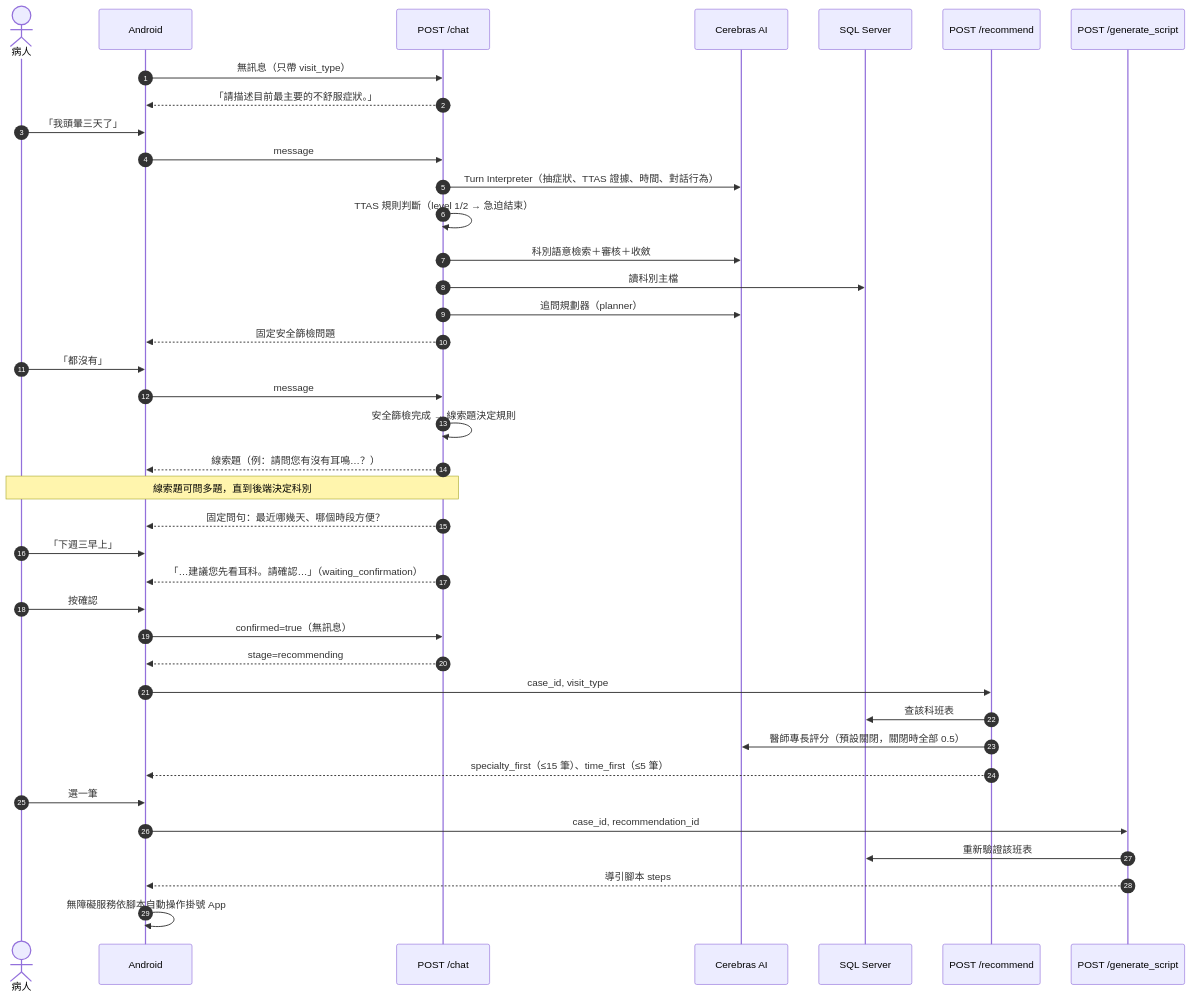
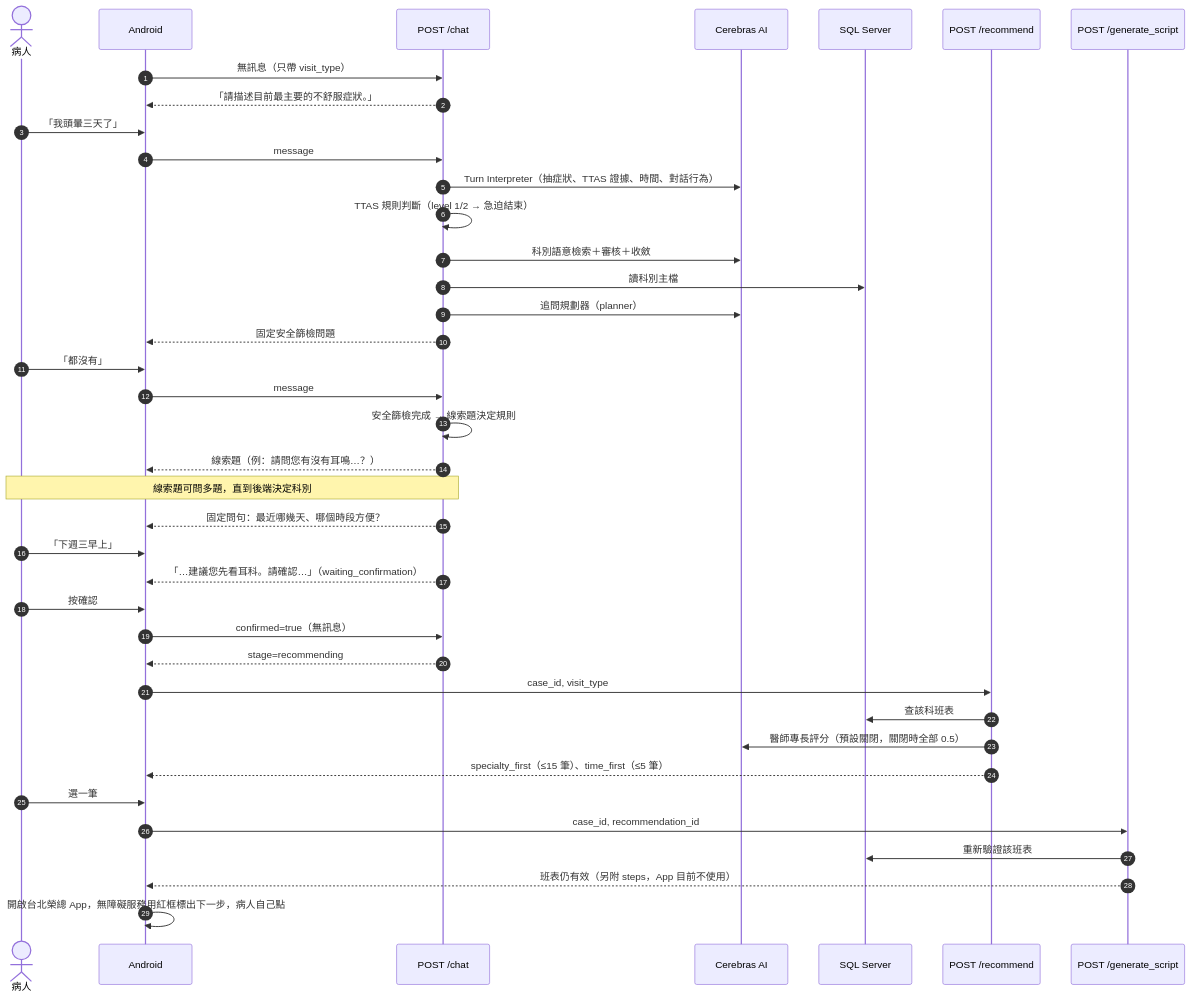
The second of 4 diagrams in docs/問診邏輯說明.md (Alissa268/MyLittleWorld), drawn with Mermaid before and after one commit. The commit also changed other lines of this file, not shown here.

````diff
--- a/docs/問診邏輯說明.md
+++ b/docs/問診邏輯說明.md
@@ -92,42 +94,42 @@
 ```mermaid
 sequenceDiagram
     autonumber
     actor U as 病人
     participant A as Android
     participant C as POST /chat
     participant AI as Cerebras AI
     participant DB as SQL Server
     participant R as POST /recommend
     participant G as POST /generate_script
 
     A->>C: 無訊息（只帶 visit_type）
     C-->>A: 「請描述目前最主要的不舒服症狀。」
     U->>A: 「我頭暈三天了」
     A->>C: message
     C->>AI: Turn Interpreter（抽症狀、TTAS 證據、時間、對話行為）
     C->>C: TTAS 規則判斷（level 1/2 → 急迫結束）
     C->>AI: 科別語意檢索＋審核＋收斂
     C->>DB: 讀科別主檔
     C->>AI: 追問規劃器（planner）
     C-->>A: 固定安全篩檢問題
     U->>A: 「都沒有」
     A->>C: message
     C->>C: 安全篩檢完成 → 線索題決定規則
     C-->>A: 線索題（例：請問您有沒有耳鳴…？）
     Note over U,C: 線索題可問多題，直到後端決定科別
     C-->>A: 固定問句：最近哪幾天、哪個時段方便？
     U->>A: 「下週三早上」
     C-->>A: 「…建議您先看耳科。請確認…」（waiting_confirmation）
     U->>A: 按確認
     A->>C: confirmed=true（無訊息）
     C-->>A: stage=recommending
     A->>R: case_id, visit_type
     R->>DB: 查該科班表
     R->>AI: 醫師專長評分（預設關閉，關閉時全部 0.5）
     R-->>A: specialty_first（≤15 筆）、time_first（≤5 筆）
     U->>A: 選一筆
     A->>G: case_id, recommendation_id
     G->>DB: 重新驗證該班表
-    G-->>A: 導引腳本 steps
-    A->>A: 無障礙服務依腳本自動操作掛號 App
+    G-->>A: 班表仍有效（另附 steps，App 目前不使用）
+    A->>A: 開啟台北榮總 App，無障礙服務用紅框標出下一步，病人自己點
 ```
````
